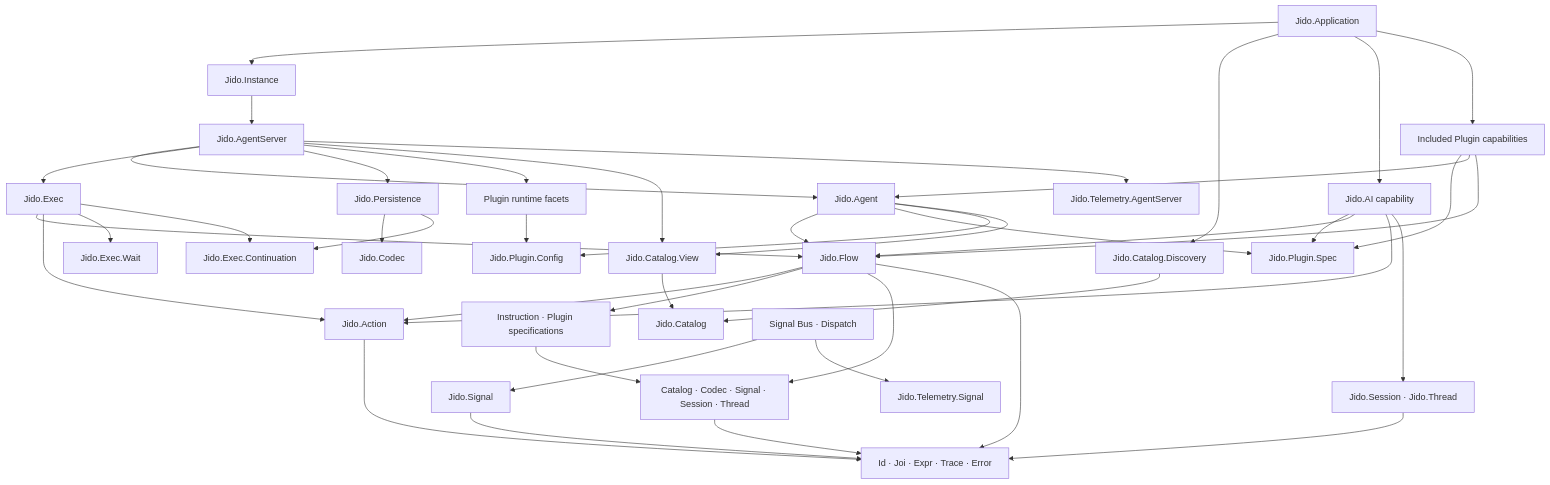
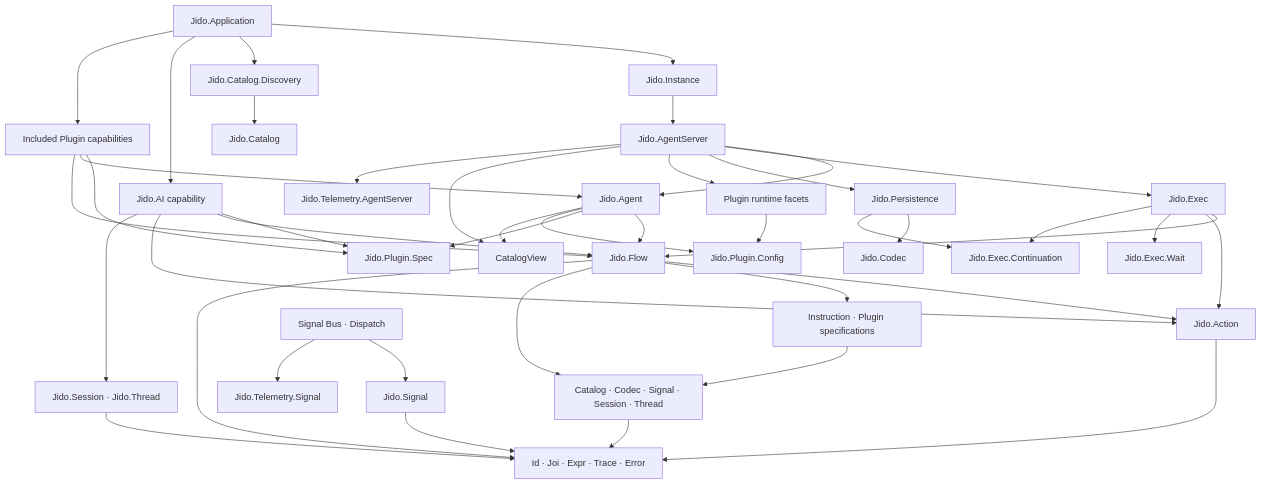
The diagram in docs/architecture/module-dependency-map.md (agentjido/jido), drawn with Mermaid before and after one commit. The commit also changed other lines of this file and 205 other files, not shown here.

````diff
--- a/docs/architecture/module-dependency-map.md
+++ b/docs/architecture/module-dependency-map.md
@@ -378,56 +377,55 @@
 ```mermaid
 flowchart TD
   App["Jido.Application"] --> Instance["Jido.Instance"]
   App --> CatalogDiscovery["Jido.Catalog.Discovery"]
   App --> AI["Jido.AI capability"]
   App --> Included["Included Plugin capabilities"]
 
   CatalogDiscovery --> Catalog["Jido.Catalog"]
-  CatalogView["Jido.Catalog.View"] --> Catalog
 
   Instance --> Server["Jido.AgentServer"]
   Server --> Agent["Jido.Agent"]
   Server --> Exec["Jido.Exec"]
   Server --> Persistence["Jido.Persistence"]
   Server --> PluginRuntime["Plugin runtime facets"]
   Server --> CatalogView
   Server --> RuntimeEvents["Jido.Telemetry.AgentServer"]
 
   AI --> PluginSpec["Jido.Plugin.Spec"]
   AI --> Flow["Jido.Flow"]
   AI --> Action["Jido.Action"]
   AI --> Session["Jido.Session · Jido.Thread"]
 
   Included --> PluginSpec
   Included --> Agent
   Included --> Flow
 
   Agent --> Flow
   Agent --> PluginSpec
   Agent --> PluginConfig["Jido.Plugin.Config"]
   Agent --> CatalogView
 
   PluginRuntime --> PluginConfig
 
   Exec --> Flow
   Exec --> Action
   Exec --> Wait["Jido.Exec.Wait"]
   Exec --> Continuation["Jido.Exec.Continuation"]
 
   Persistence --> Codec["Jido.Codec"]
   Persistence --> Continuation
 
   Flow --> Action
   Flow --> Definitions["Instruction · Plugin specifications"]
   Flow --> ValueModel["Catalog · Codec · Signal · Session · Thread"]
   Flow --> Primitives["Id · Joi · Expr · Trace · Error"]
 
   Action --> Primitives
   Session --> Primitives
   Definitions --> ValueModel
   ValueModel --> Primitives
 
   SignalRuntime["Signal Bus · Dispatch"] --> Signal["Jido.Signal"]
   SignalRuntime --> SignalEvents["Jido.Telemetry.Signal"]
   Signal --> Primitives
 ```
````
